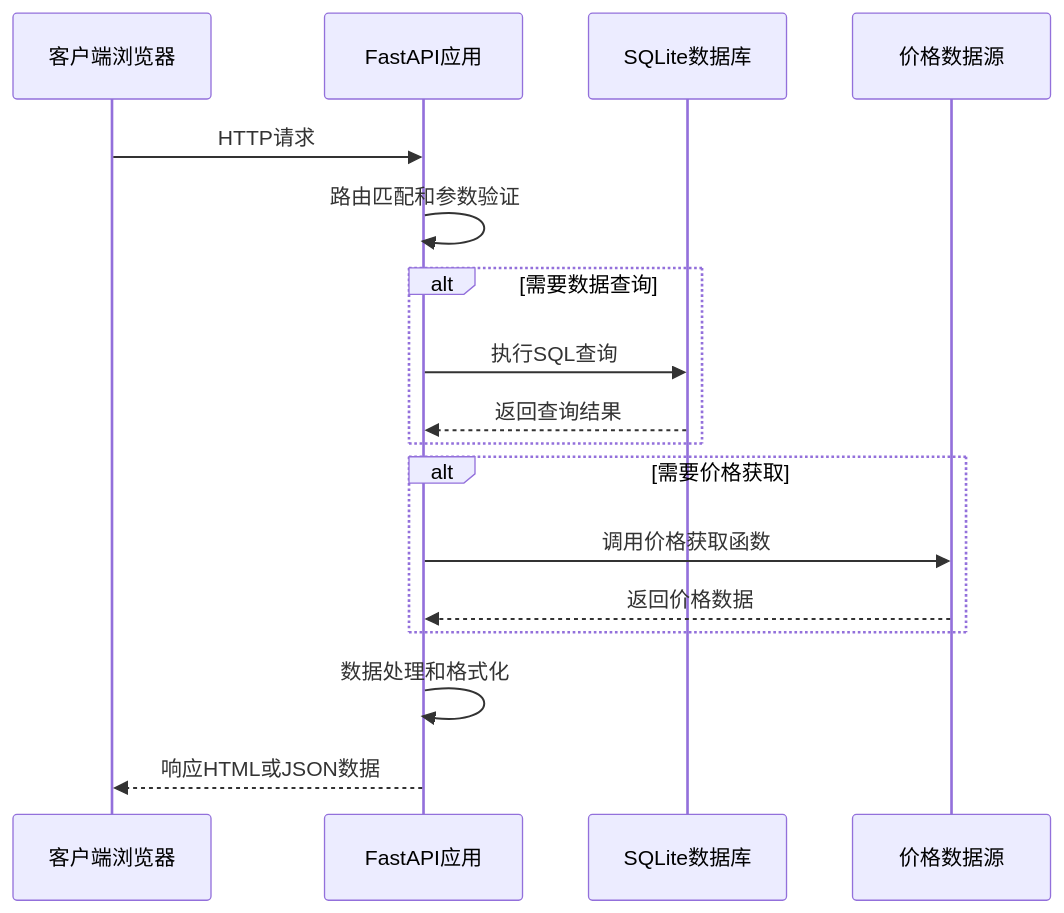
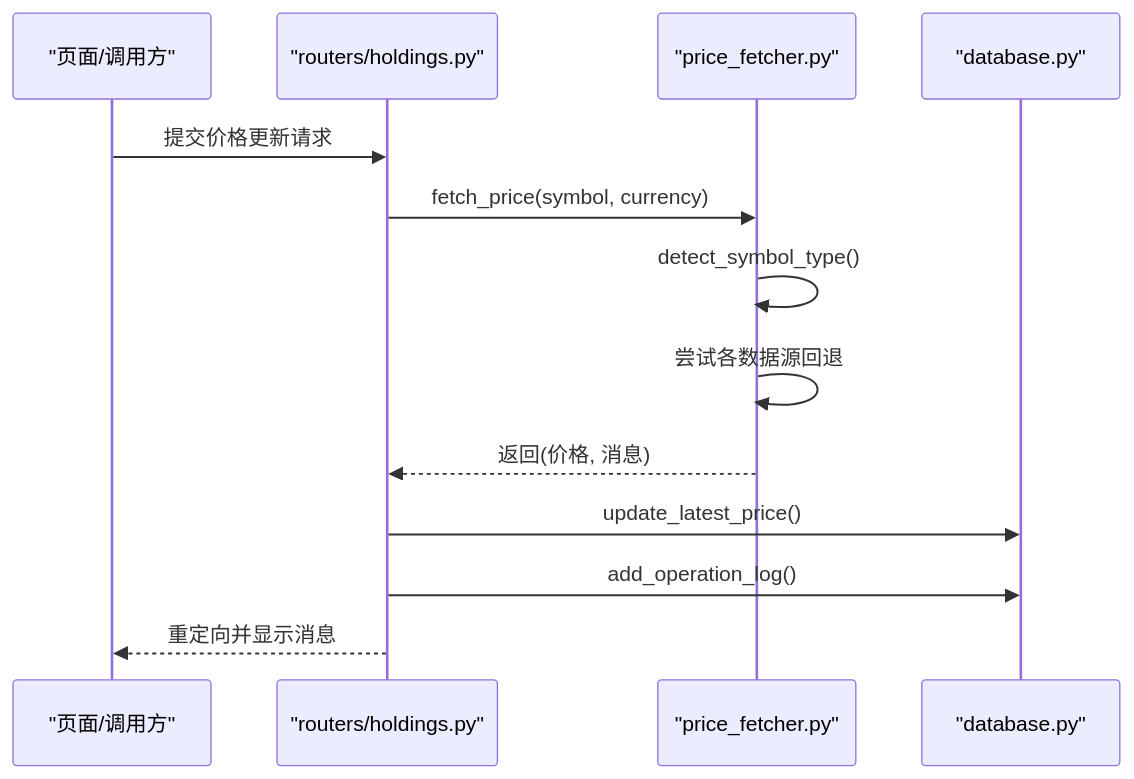
Before and after one commit to macrohuang/invest-log: the fourth of 7 diagrams in .qoder/repowiki/zh/content/开发者指南/调试工具与技巧.md, drawn with Mermaid. The commit also changed other lines of this file and 121 other files, not shown here.

````diff
--- a/.qoder/repowiki/zh/content/开发者指南/调试工具与技巧.md
+++ b/.qoder/repowiki/zh/content/开发者指南/调试工具与技巧.md
@@ -122,19 +169,15 @@
 ```mermaid
 sequenceDiagram
-participant Client as 客户端浏览器
-participant FastAPI as FastAPI应用
-participant Database as SQLite数据库
-participant PriceSource as 价格数据源
-Client->>FastAPI : HTTP请求
-FastAPI->>FastAPI : 路由匹配和参数验证
-alt 需要数据查询
-FastAPI->>Database : 执行SQL查询
-Database-->>FastAPI : 返回查询结果
-end
-alt 需要价格获取
-FastAPI->>PriceSource : 调用价格获取函数
-PriceSource-->>FastAPI : 返回价格数据
-end
-FastAPI->>FastAPI : 数据处理和格式化
-FastAPI-->>Client : 响应HTML或JSON数据
+participant UI as "页面/调用方"
+participant Hold as "routers/holdings.py"
+participant PF as "price_fetcher.py"
+participant DB as "database.py"
+UI->>Hold : 提交价格更新请求
+Hold->>PF : fetch_price(symbol, currency)
+PF->>PF : detect_symbol_type()
+PF->>PF : 尝试各数据源回退
+PF-->>Hold : 返回(价格, 消息)
+Hold->>DB : update_latest_price()
+Hold->>DB : add_operation_log()
+Hold-->>UI : 重定向并显示消息
 ```
````
